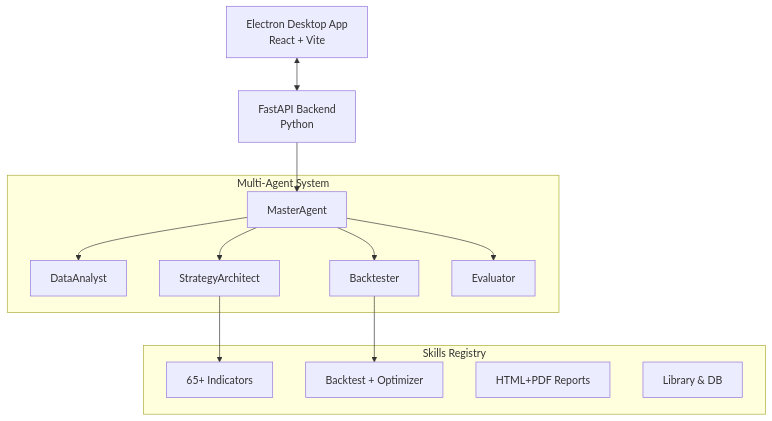
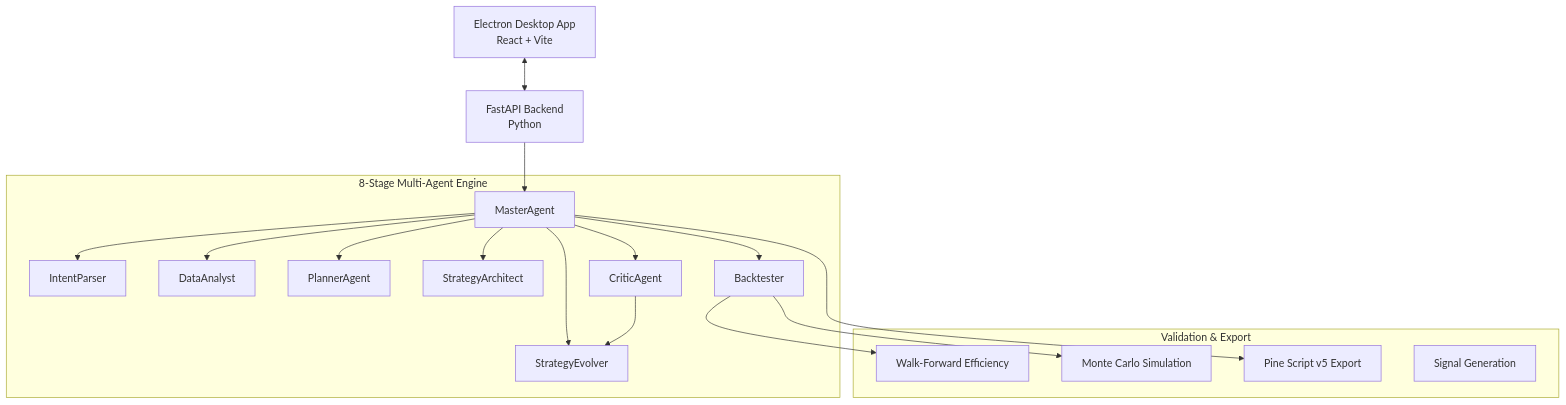
Before and after one commit to RahulEdward/secondversion-stratforgeai: the diagram in README.md, drawn with Mermaid. The commit also changed other lines of this file and 18 other files, not shown here.

````diff
--- a/README.md
+++ b/README.md
@@ -30,23 +30,28 @@
 ```mermaid
 graph TD
     UI[Electron Desktop App <br/> React + Vite] <--> API[FastAPI Backend <br/> Python]
     
-    subgraph Multi-Agent System
-        Master[MasterAgent] --> Analyst[DataAnalyst]
+    subgraph "8-Stage Multi-Agent Engine"
+        Master[MasterAgent] --> Intent[IntentParser]
+        Master --> Analyst[DataAnalyst]
+        Master --> Planner[PlannerAgent]
         Master --> Architect[StrategyArchitect]
         Master --> Backtester[Backtester]
-        Master --> Evaluator[Evaluator]
+        Master --> Critic[CriticAgent]
+        Master --> Evolver[StrategyEvolver]
     end
 
     API --> Master
     
-    subgraph Skills Registry
-        Indicators[65+ Indicators]
-        BT[Backtest + Optimizer]
-        Reports[HTML+PDF Reports]
-        DB[Library & DB]
+    subgraph Validation & Export
+        WFE[Walk-Forward Efficiency]
+        MC[Monte Carlo Simulation]
+        Pine[Pine Script v5 Export]
+        Signal[Signal Generation]
     end
 
-    Backtester --> BT
-    Architect --> Indicators
+    Backtester --> WFE
+    Backtester --> MC
+    Critic --> Evolver
+    Master --> Pine
 ```
````
